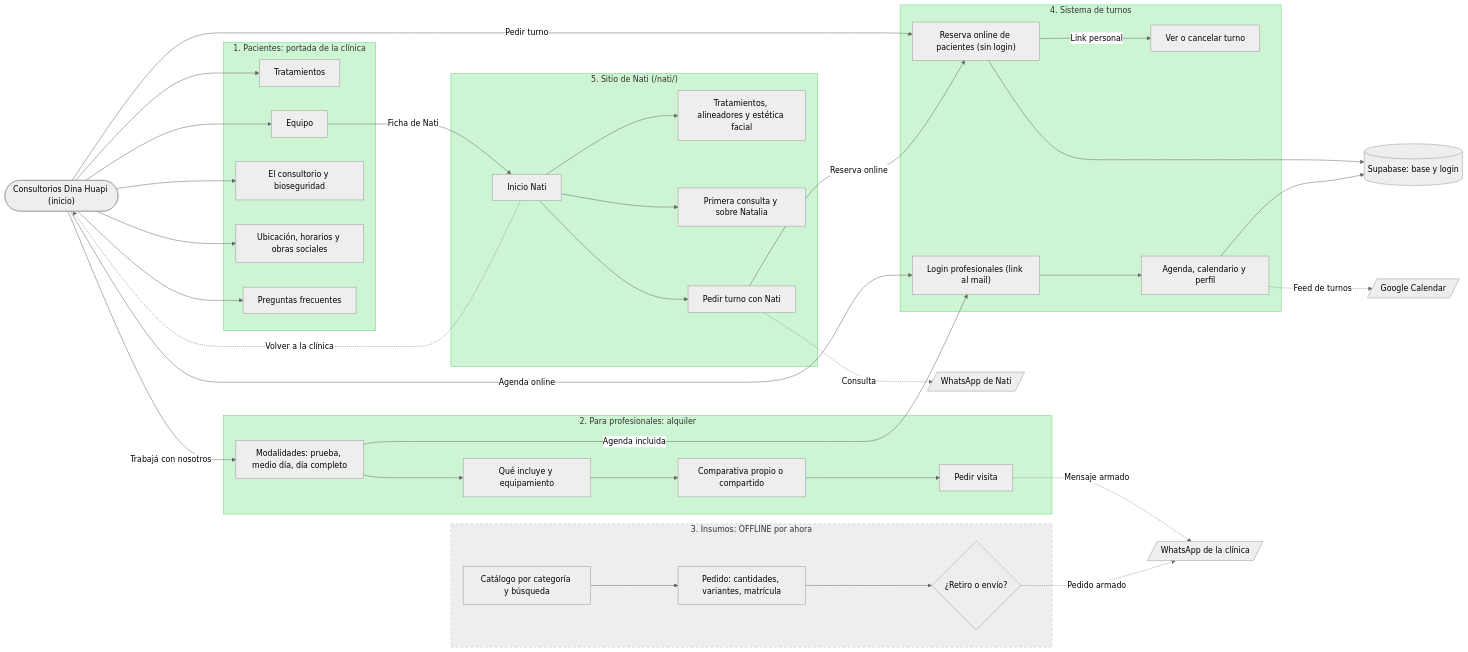
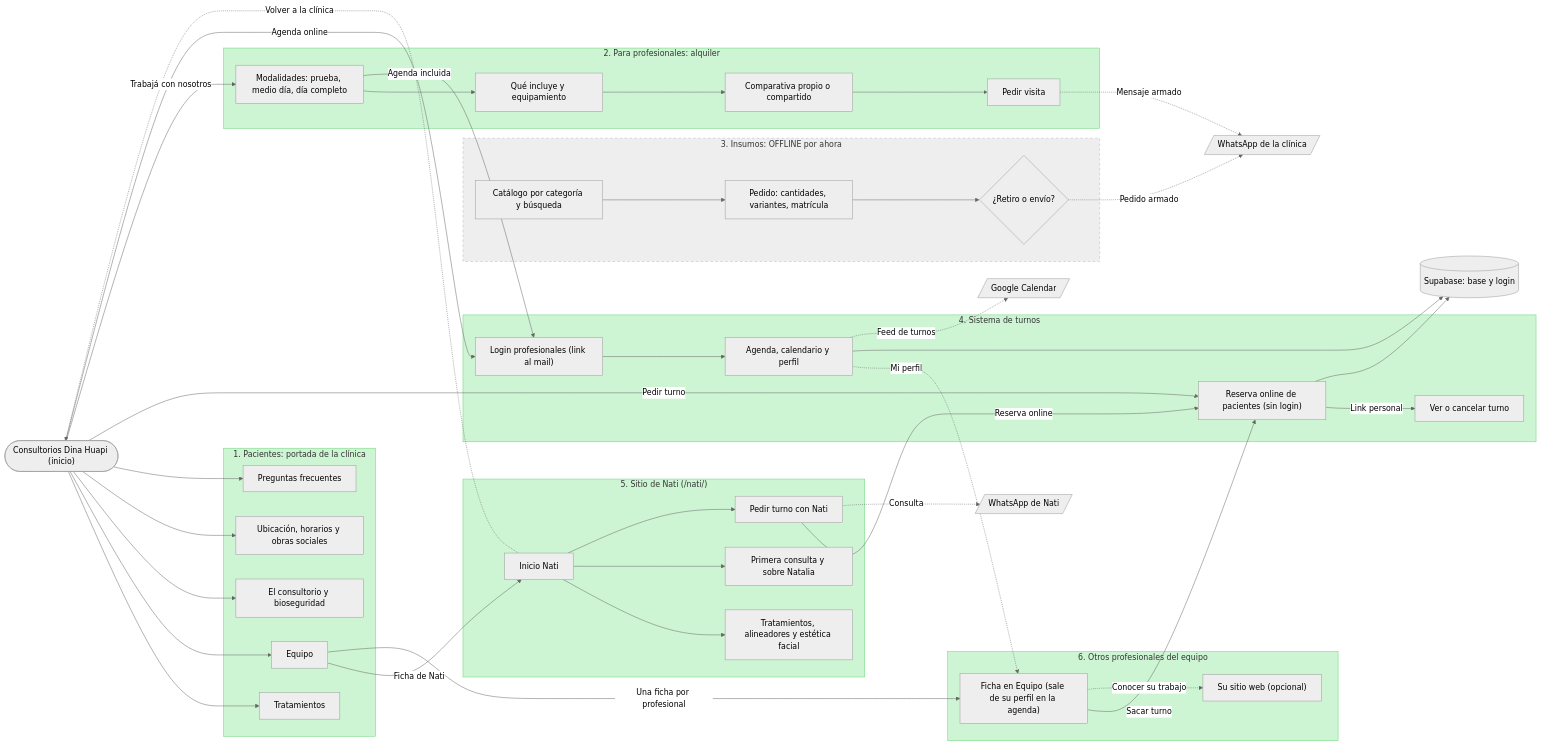
The diagram in docs/mapa-del-sitio.md (santiagojdv/consultorios-dina-huapi), drawn with Mermaid (neutral theme) before and after one commit. The commit also changed 8 other files, not shown here.

First line of the commit message:
Equipo: fichas de todos los profesionales, conectadas a su agenda y su sitio

````diff
--- a/docs/mapa-del-sitio.md
+++ b/docs/mapa-del-sitio.md
@@ -46,6 +46,11 @@
         t4Agenda["Agenda, calendario y perfil"]
     end
 
+    subgraph s6 ["6. Otros profesionales del equipo"]
+        o6Ficha["Ficha en Equipo (sale de su perfil en la agenda)"]
+        o6Web["Su sitio web (opcional)"]
+    end
+
     subgraph s5 ["5. Sitio de Nati (/nati/)"]
         n5Home["Inicio Nati"]
         n5Trat["Tratamientos, alineadores y estética facial"]
@@ -63,6 +68,10 @@
     dominio -->|"Trabajá con nosotros"| p2Mod
     dominio -->|"Agenda online"| t4Login
     c1Equipo -->|"Ficha de Nati"| n5Home
+    c1Equipo -->|"Una ficha por profesional"| o6Ficha
+    o6Ficha -->|"Sacar turno"| t4Reserva
+    o6Ficha -.->|"Conocer su trabajo"| o6Web
+    t4Agenda -.->|"Mi perfil"| o6Ficha
     n5Home --> n5Trat & n5Sobre & n5Cta
     n5Cta -->|"Reserva online"| t4Reserva
     n5Cta -.->|"Consulta"| waNati
@@ -86,4 +95,5 @@
     style s3 fill:#EEEEEE,stroke:#B5B5B5,stroke-dasharray: 5 5
     style s4 fill:#CDF4D3,stroke:#66D575
     style s5 fill:#CDF4D3,stroke:#66D575
+    style s6 fill:#CDF4D3,stroke:#66D575
 ```
````
